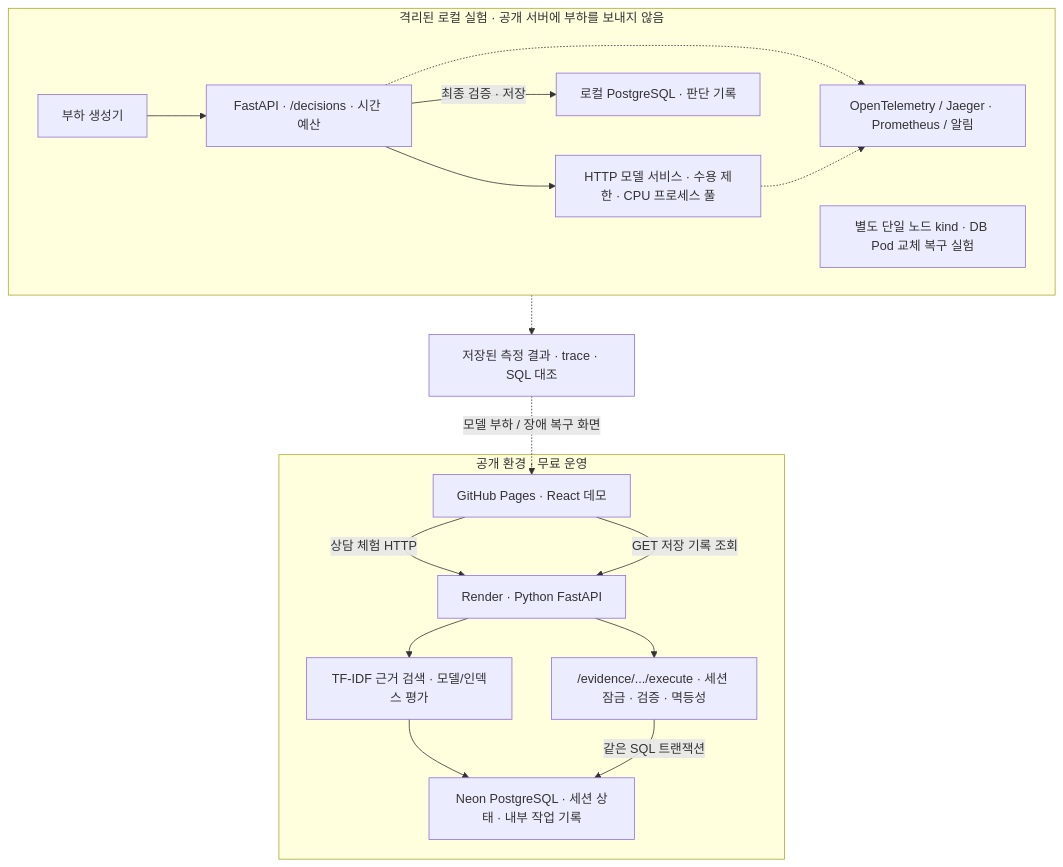
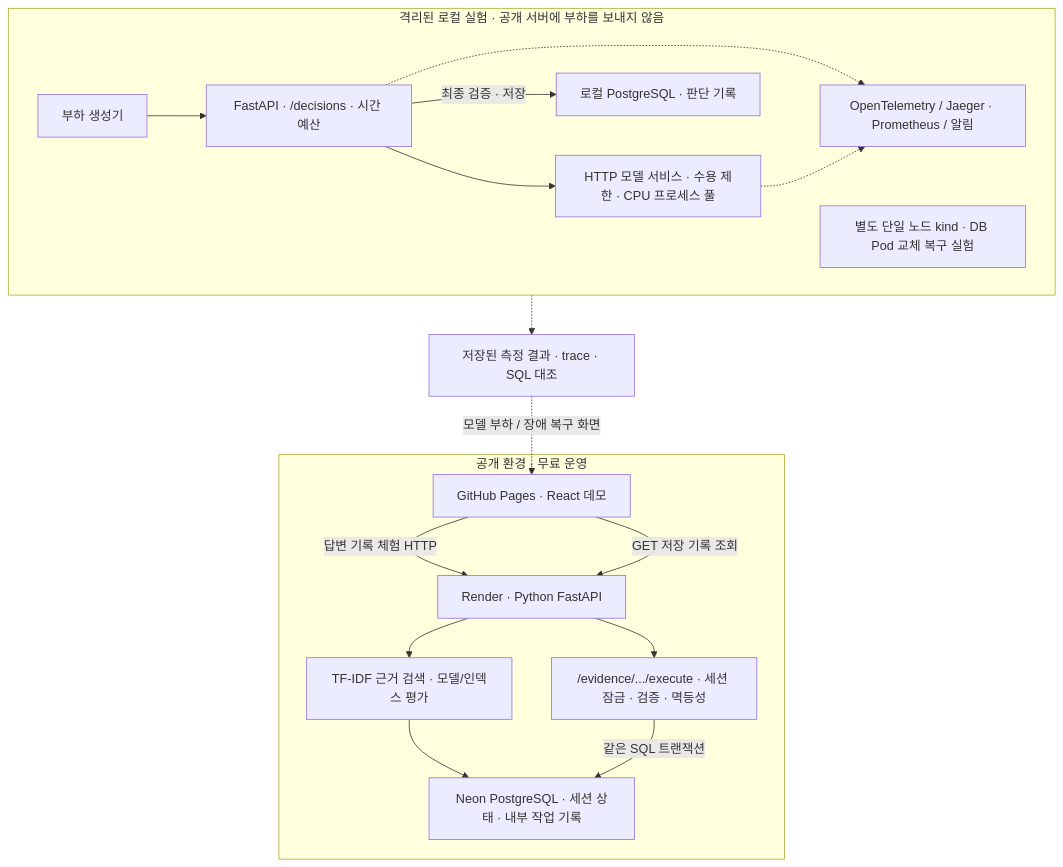
The diagram in README.md (sokldjs554/recheck-ml-serving), drawn with Mermaid before and after one commit. The commit also changed other lines of this file and 62 other files, not shown here.

````diff
--- a/README.md
+++ b/README.md
@@ -49,32 +51,32 @@
 ```mermaid
 flowchart TB
     subgraph public["공개 환경 · 무료 운영"]
         UI["GitHub Pages · React 데모"]
         API["Render · Python FastAPI"]
         Search["TF-IDF 근거 검색 · 모델/인덱스 평가"]
         Guard["/evidence/.../execute · 세션 잠금 · 검증 · 멱등성"]
         PG["Neon PostgreSQL · 세션 상태 · 내부 작업 기록"]
-        UI -->|상담 체험 HTTP| API
+        UI -->|답변 기록 체험 HTTP| API
         API --> Search
         API --> Guard
         UI -->|GET 저장 기록 조회| API
         Search --> PG
         Guard -->|같은 SQL 트랜잭션| PG
     end
     subgraph local["격리된 로컬 실험 · 공개 서버에 부하를 보내지 않음"]
         Load["부하 생성기"]
         LocalAPI["FastAPI · /decisions · 시간 예산"]
         Model["HTTP 모델 서비스 · 수용 제한 · CPU 프로세스 풀"]
         LocalPG["로컬 PostgreSQL · 판단 기록"]
         Observe["OpenTelemetry / Jaeger · Prometheus / 알림"]
         Load --> LocalAPI
         LocalAPI --> Model
         LocalAPI -->|최종 검증 · 저장| LocalPG
         LocalAPI -.-> Observe
         Model -.-> Observe
         K8s["별도 단일 노드 kind · DB Pod 교체 복구 실험"]
     end
     Saved["저장된 측정 결과 · trace · SQL 대조"]
     local -.-> Saved
     Saved -.->|모델 부하 / 장애 복구 화면| UI
 ```
````
